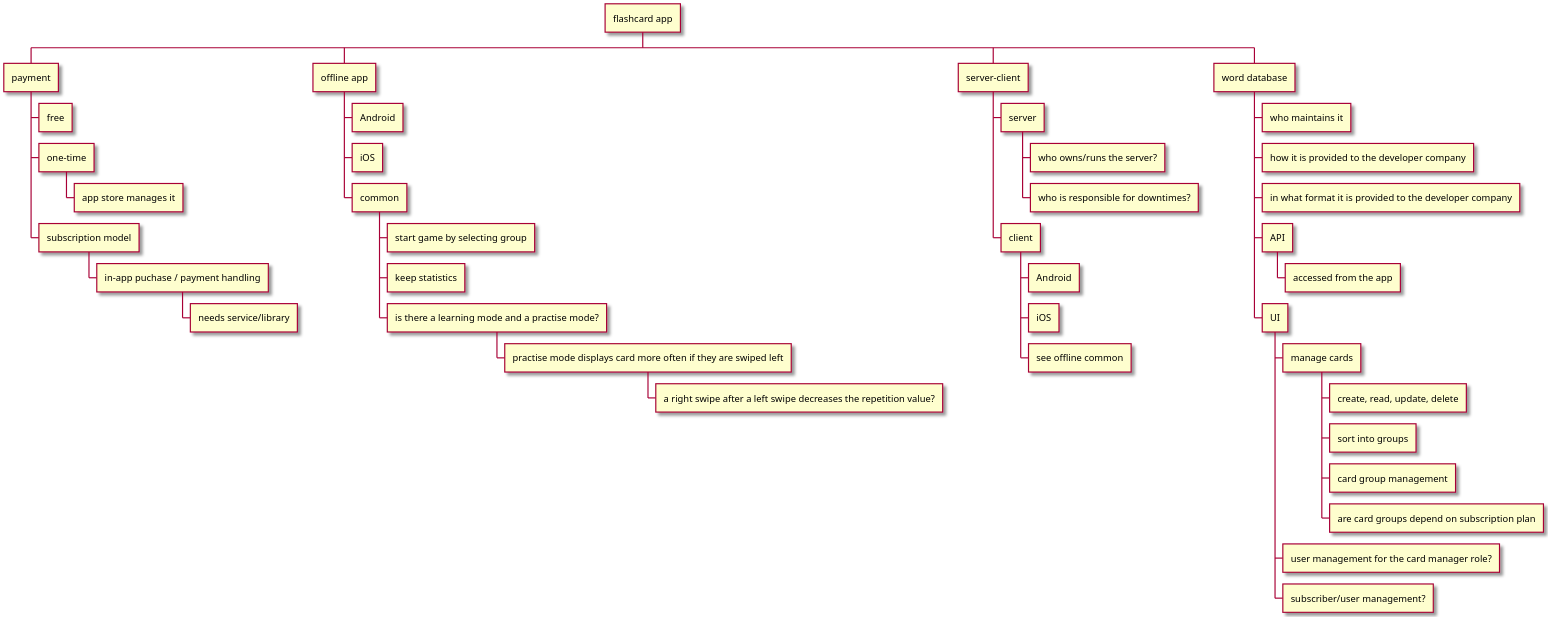
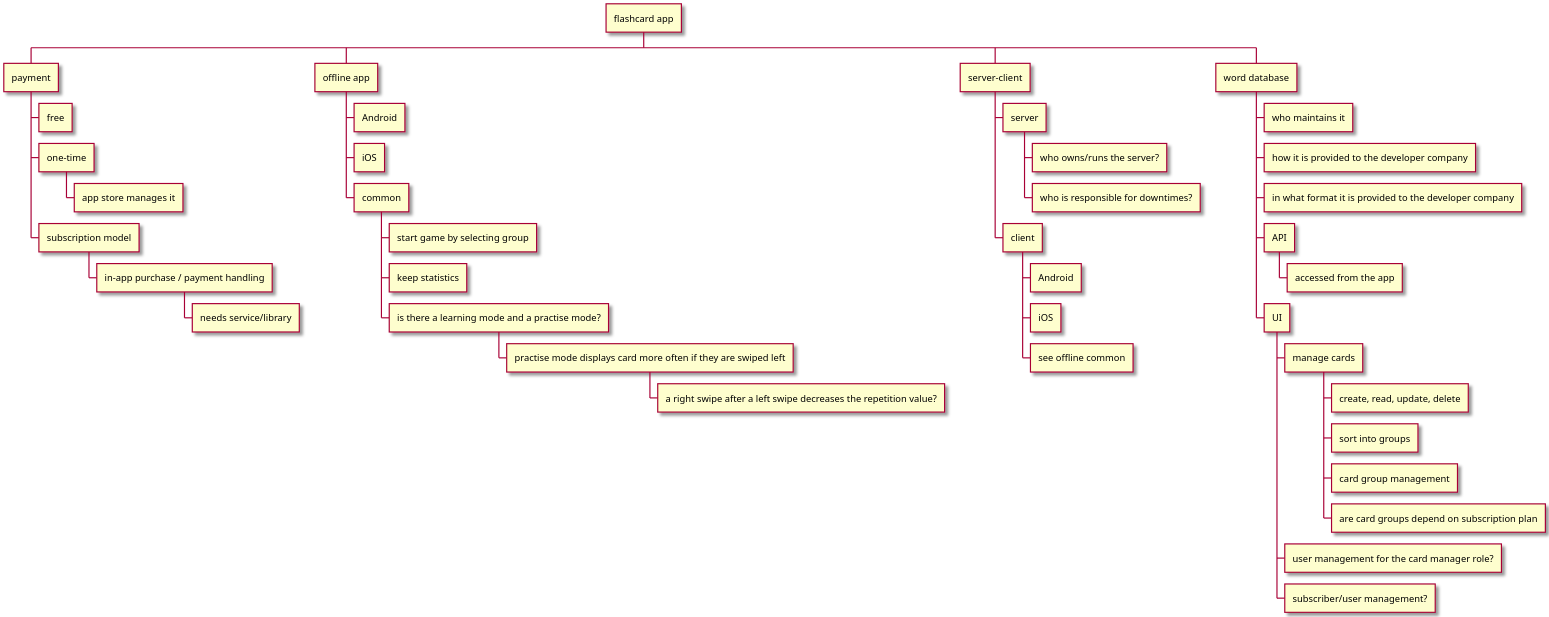
The diagram in practicals/ra.puml (pintergreg/software-engineering), drawn with PlantUML before and after one commit.

Commit message:
Fix typo GH-54

```diff
--- a/practicals/ra.puml
+++ b/practicals/ra.puml
@@ -1,44 +1,44 @@
 @startwbs
 scale 2
 skin rose
 
 + flashcard app
 ++ payment
 +++ free
 +++ one-time
 ++++ app store manages it
 +++ subscription model
-++++ in-app puchase / payment handling
+++++ in-app purchase / payment handling
 +++++ needs service/library
 ++ offline app
 +++ Android
 +++ iOS
 +++ common
 ++++ start game by selecting group
 ++++ keep statistics
 ++++ is there a learning mode and a practise mode?
 +++++ practise mode displays card more often if they are swiped left
 ++++++ a right swipe after a left swipe decreases the repetition value?
 ++ server-client
 +++ server
 ++++ who owns/runs the server?
 ++++ who is responsible for downtimes?
 +++ client
 ++++ Android
 ++++ iOS
 ++++ see offline common
 ++ word database
 +++ who maintains it
 +++ how it is provided to the developer company
 +++ in what format it is provided to the developer company
 +++ API
 ++++ accessed from the app
 +++ UI
 ++++ manage cards
 +++++ create, read, update, delete
 +++++ sort into groups
 +++++ card group management
 +++++ are card groups depend on subscription plan
 ++++ user management for the card manager role?
 ++++ subscriber/user management?
 @endwbs
```
